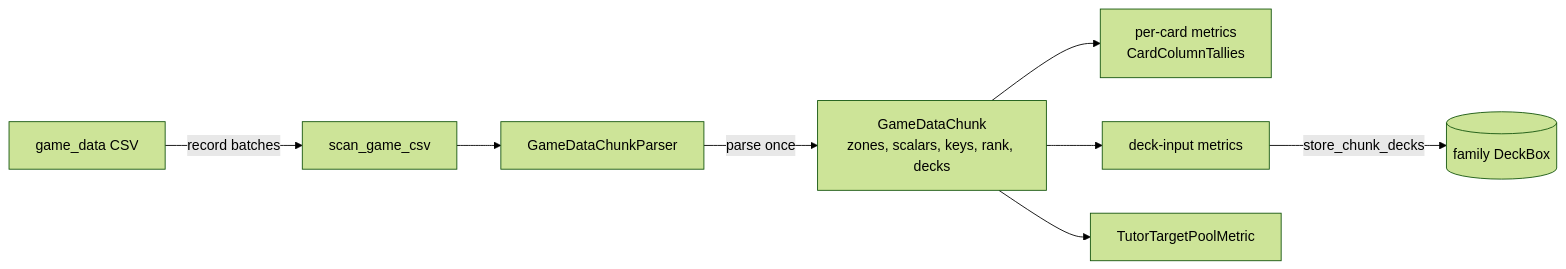
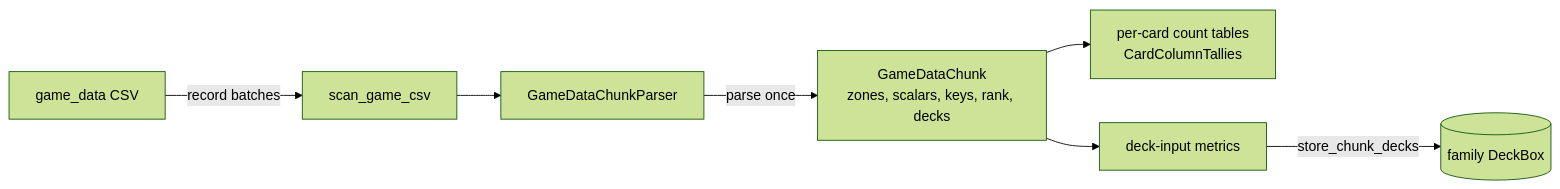
Before and after one commit to toon-leader-bacon/TradingCardGameEmbeddings: the diagram in src/data_refinement/metrics/seventeenlands/game_data/README.md, drawn with Mermaid (forest theme). The commit also changed other lines of this file and 87 other files, not shown here.

````diff
--- a/src/data_refinement/metrics/seventeenlands/game_data/README.md
+++ b/src/data_refinement/metrics/seventeenlands/game_data/README.md
@@ -190,10 +191,9 @@
 ```mermaid
 flowchart LR
     csv[game_data CSV] -->|record batches| scanner[scan_game_csv]
     parser[GameDataChunkParser] -->|parse once| chunk[GameDataChunk<br/>zones, scalars, keys, rank, decks]
     scanner --> parser
-    chunk --> card[per-card metrics<br/>CardColumnTallies]
+    chunk --> card[per-card count tables<br/>CardColumnTallies]
     chunk --> deck[deck-input metrics]
-    chunk --> pool[TutorTargetPoolMetric]
     deck -->|store_chunk_decks| box[(family DeckBox)]
 ```
````
